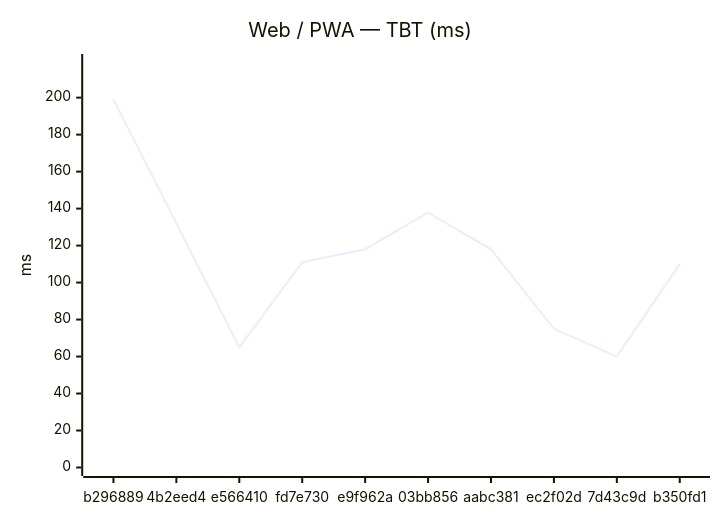
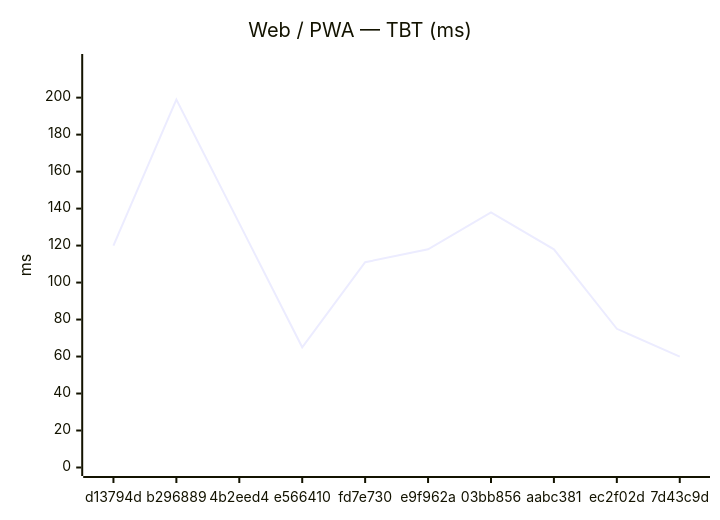
One commit to Metaheurist/Rianell changed the second of 18 diagrams in benchmarks/compare.md. Above: the diagram before and after it, drawn with Mermaid. The commit also changed other lines of this file and 11 other files, not shown here.

````diff
--- a/benchmarks/compare.md
+++ b/benchmarks/compare.md
@@ -31,7 +31,7 @@
 ```mermaid
 xychart-beta
     title "Web / PWA — TBT (ms)"
-    x-axis ["b296889", "4b2eed4", "e566410", "fd7e730", "e9f962a", "03bb856", "aabc381", "ec2f02d", "7d43c9d", "b350fd1"]
+    x-axis ["d13794d", "b296889", "4b2eed4", "e566410", "fd7e730", "e9f962a", "03bb856", "aabc381", "ec2f02d", "7d43c9d"]
     y-axis "ms" 0 --> 219
-    line [199, 132, 65, 111, 118, 138, 118, 75, 60, 110]
+    line [120, 199, 132, 65, 111, 118, 138, 118, 75, 60]
 ```
````
